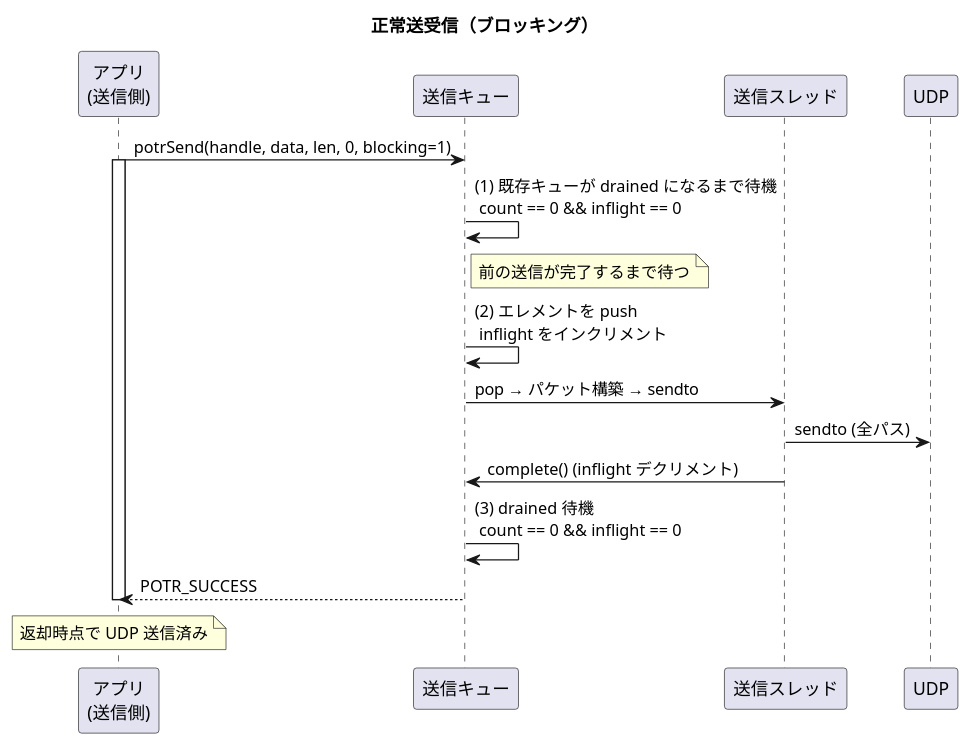
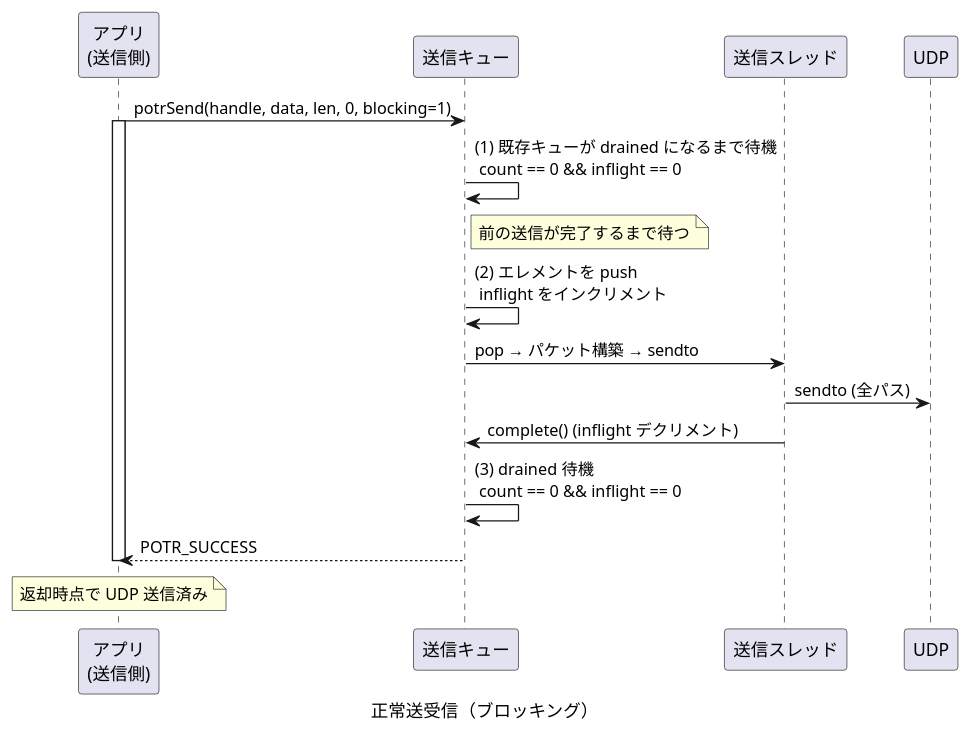
One commit to Hondarer/c-modernization-kit changed the fourth of 12 diagrams in prod/porter/docs/sequence.md. Above: the diagram before and after it, drawn with PlantUML. The commit also changed other lines of this file and 13 other files, not shown here.

````diff
--- a/prod/porter/docs/sequence.md
+++ b/prod/porter/docs/sequence.md
@@ -141,30 +118,30 @@
 ```plantuml
-@startuml
-title 正常送受信（ブロッキング）
+@startuml 正常送受信（ブロッキング）
+caption 正常送受信（ブロッキング）
 
 participant "アプリ\n(送信側)" as SAPP
 participant "送信キュー" as Q
 participant "送信スレッド" as ST
 participant "UDP" as UDP
 
 SAPP -> Q: potrSend(handle, data, len, 0, blocking=1)
 activate SAPP
 
 Q -> Q: (1) 既存キューが drained になるまで待機\n count == 0 && inflight == 0
 note right of Q: 前の送信が完了するまで待つ
 
 Q -> Q: (2) エレメントを push\n inflight をインクリメント
 
 Q -> ST: pop → パケット構築 → sendto
 ST -> UDP: sendto (全パス)
 ST -> Q: complete() (inflight デクリメント)
 
 Q -> Q: (3) drained 待機\n count == 0 && inflight == 0
 
 Q --> SAPP: POTR_SUCCESS
 deactivate SAPP
 
 note over SAPP: 返却時点で UDP 送信済み
 
 @enduml
 ```
````
